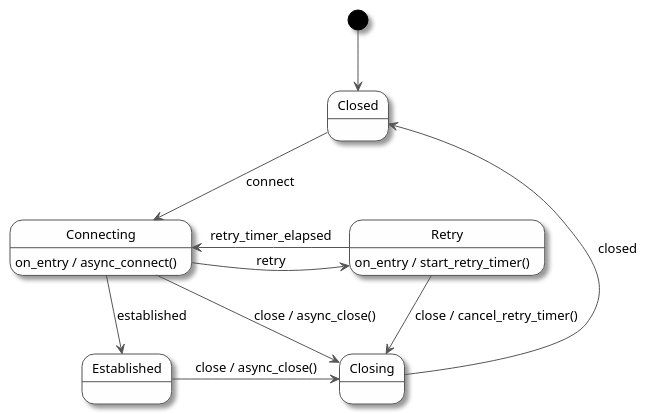
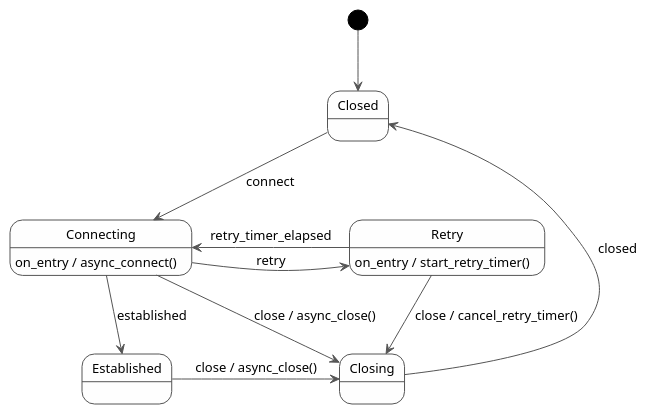
Before and after one commit to indiosmo/skills: the eighth of 8 diagrams in skills/authoring-plantuml-diagrams/SKILL.md, drawn with PlantUML. The commit also changed other lines of this file and 38 other files, not shown here.

````diff
--- a/skills/authoring-plantuml-diagrams/SKILL.md
+++ b/skills/authoring-plantuml-diagrams/SKILL.md
@@ -151,34 +156,35 @@
 ```plantuml
 @startuml
 skin rose
+skinparam shadowing false
 skinparam state {
   BackgroundColor #FEFEFE
   BorderColor #555555
   ArrowColor #555555
   FontSize 13
 }
 
 state Closed
 state Connecting
 state Established
 state Retry
 state Closing
 
 [*] -down-> Closed
 
 Closed -down-> Connecting : connect
 
 Connecting : on_entry / async_connect()
 Connecting -down-> Established : established
 Connecting -right-> Retry : retry
 Connecting --> Closing : close / async_close()
 
 Established -right-> Closing : close / async_close()
 
 Retry : on_entry / start_retry_timer()
 Retry -left-> Connecting : retry_timer_elapsed
 Retry -down-> Closing : close / cancel_retry_timer()
 
 Closing -up-> Closed : closed
 @enduml
 ```
````
